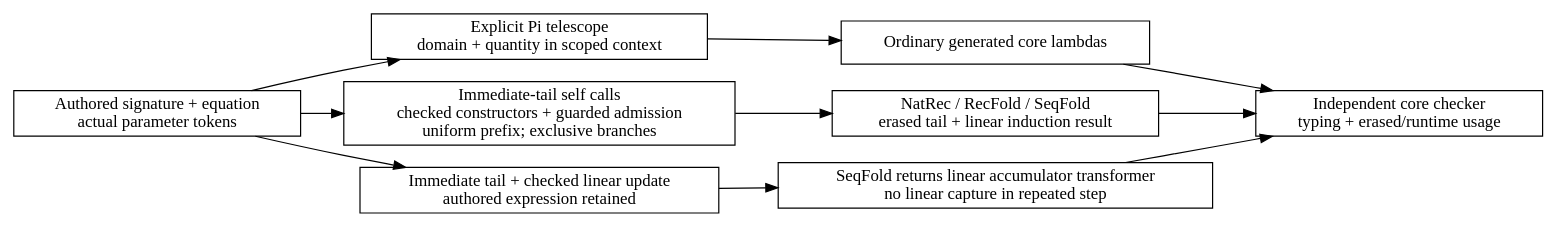
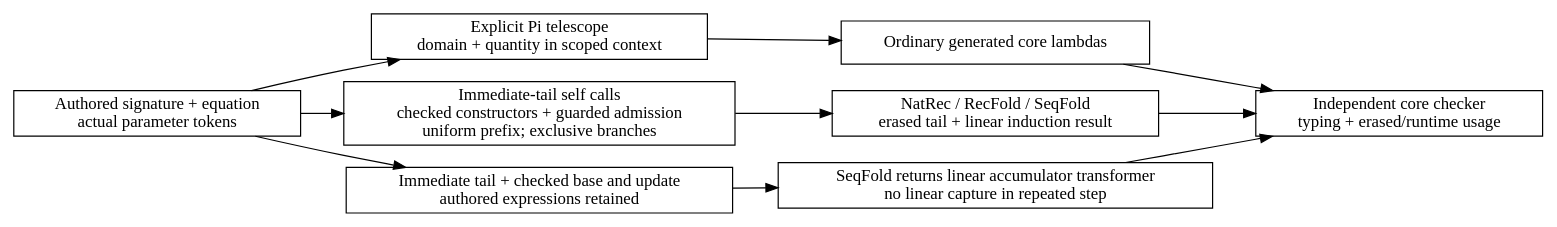
The diagram in docs/diagrams/function-equations.dot (odunboye/fibril), drawn with Graphviz before and after one commit. The commit also changed 8 other files, not shown here.

Commit message:
Support checked accumulator base expressions

```diff
--- a/docs/diagrams/function-equations.dot
+++ b/docs/diagrams/function-equations.dot
@@ -1,15 +1,15 @@
 digraph FunctionEquations {
   rankdir=LR;
   node [shape=box];
   source [label="Authored signature + equation\nactual parameter tokens"];
   pi [label="Explicit Pi telescope\ndomain + quantity in scoped context"];
   body [label="Ordinary generated core lambdas"];
   structural [label="Immediate-tail self calls\nchecked constructors + guarded admission\nuniform prefix; exclusive branches"];
   fold [label="NatRec / RecFold / SeqFold\nerased tail + linear induction result"];
-  accumulator [label="Immediate tail + checked linear update\nauthored expression retained"];
+  accumulator [label="Immediate tail + checked base and update\nauthored expressions retained"];
   continuation [label="SeqFold returns linear accumulator transformer\nno linear capture in repeated step"];
   check [label="Independent core checker\ntyping + erased/runtime usage"];
   source -> pi -> body -> check;
   source -> structural -> fold -> check;
   source -> accumulator -> continuation -> check;
 }
```
